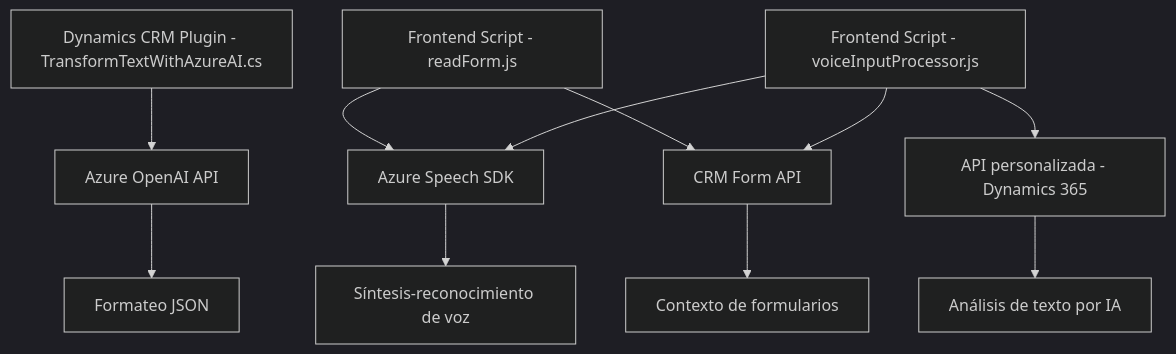
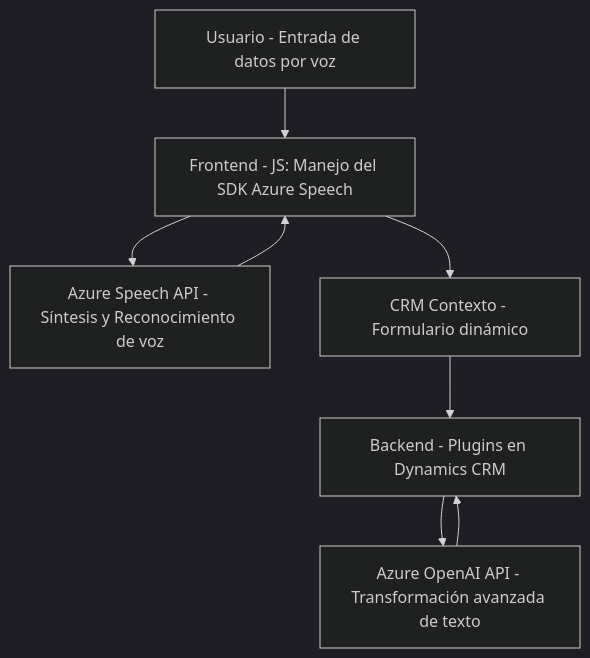
Before and after one commit to blopezdm/NETCORE_BILBAO2025: the diagram in README.md, drawn with Mermaid (dark theme). The commit also changed other lines of this file, not shown here.

Commit message:
Actualizar análisis global de la solución con IA

````diff
--- a/README.md
+++ b/README.md
@@ -41,13 +38,17 @@
 ```mermaid
 graph TD
-    A["Dynamics CRM Plugin - TransformTextWithAzureAI.cs"] --> B["Azure OpenAI API"]
-    C["Frontend Script - readForm.js"] --> D["Azure Speech SDK"]
-    C --> E["CRM Form API"]
-    F["Frontend Script - voiceInputProcessor.js"] --> D
-    F --> E
-    F --> G["API personalizada - Dynamics 365"]
-    B --> H["Formateo JSON"]
-    D --> I["Síntesis-reconocimiento de voz"]
-    E --> J["Contexto de formularios"]
-    G --> K["Análisis de texto por IA"]
+  A["Usuario - Entrada de datos por voz"]
+  B["Frontend - JS: Manejo del SDK Azure Speech"]
+  C["Azure Speech API - Síntesis y Reconocimiento de voz"]
+  D["Backend - Plugins en Dynamics CRM"]
+  E["Azure OpenAI API - Transformación avanzada de texto"]
+  F["CRM Contexto - Formulario dinámico"]
+
+  A --> B
+  B --> C
+  C --> B
+  B --> F
+  F --> D
+  D --> E
+  E --> D
 ```
````
